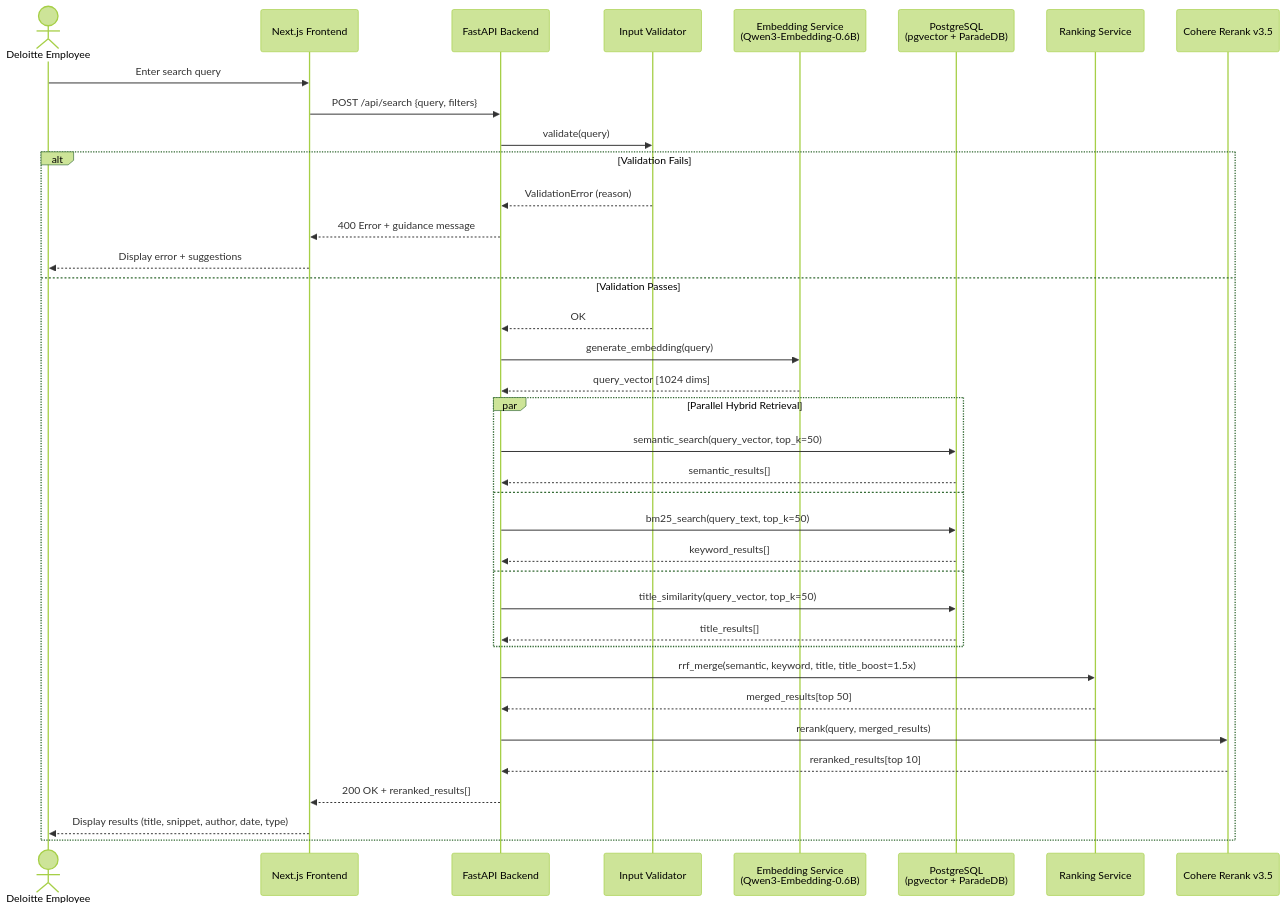
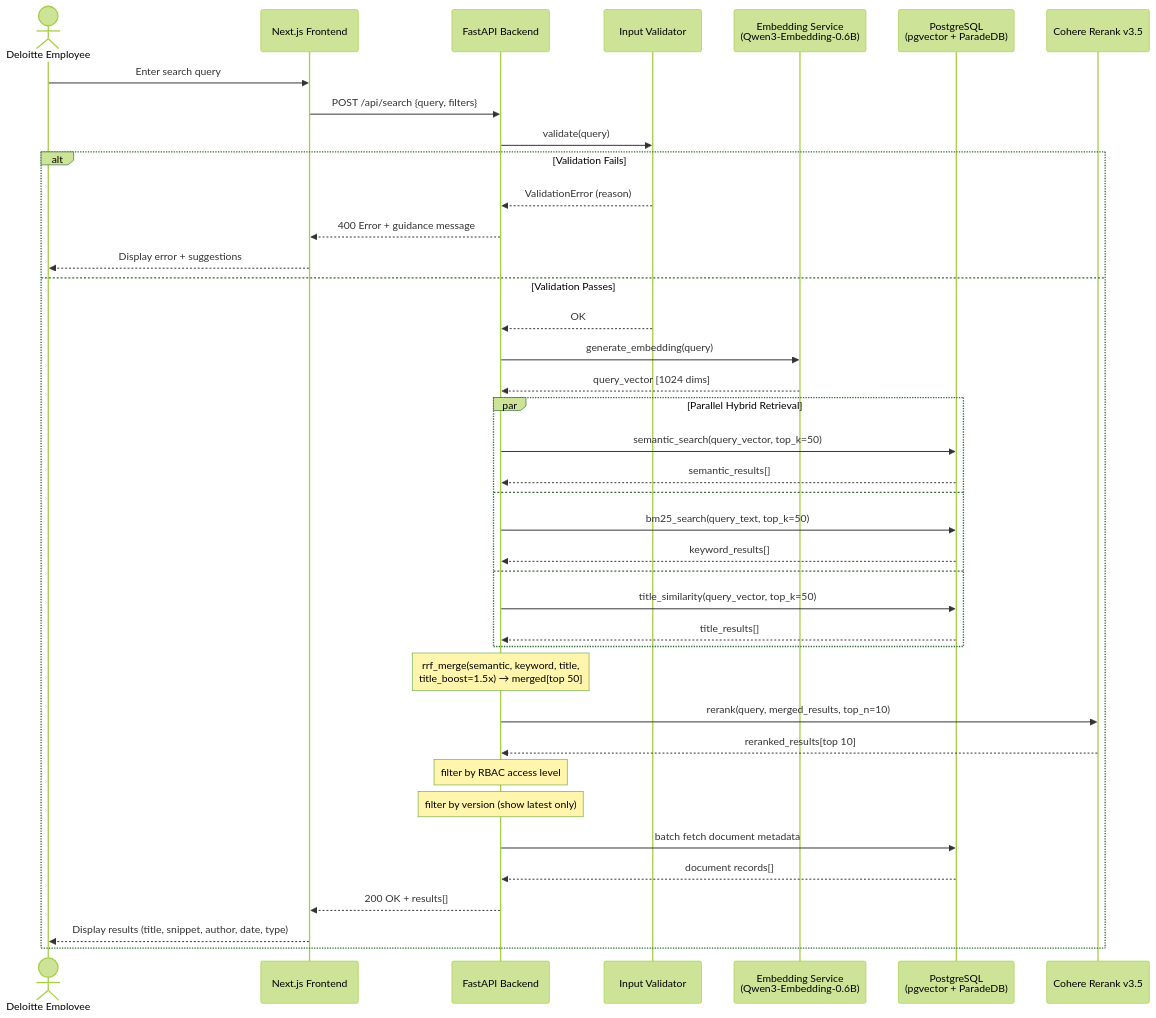
The diagram in software-engineering/diagrams/sequence.mmd (FlyM1ss/capstone-project), drawn with Mermaid (forest theme) before and after one commit. The commit also changed 12 other files, not shown here.

```diff
--- a/software-engineering/diagrams/sequence.mmd
+++ b/software-engineering/diagrams/sequence.mmd
@@ -1,41 +1,43 @@
 sequenceDiagram
     actor User as Deloitte Employee
     participant UI as Next.js Frontend
     participant API as FastAPI Backend
     participant Val as Input Validator
     participant Embed as Embedding Service<br/>(Qwen3-Embedding-0.6B)
     participant DB as PostgreSQL<br/>(pgvector + ParadeDB)
-    participant Rank as Ranking Service
     participant RR as Cohere Rerank v3.5
 
     User->>UI: Enter search query
     UI->>API: POST /api/search {query, filters}
     API->>Val: validate(query)
 
     alt Validation Fails
         Val-->>API: ValidationError (reason)
         API-->>UI: 400 Error + guidance message
         UI-->>User: Display error + suggestions
     else Validation Passes
         Val-->>API: OK
         API->>Embed: generate_embedding(query)
         Embed-->>API: query_vector [1024 dims]
 
         par Parallel Hybrid Retrieval
             API->>DB: semantic_search(query_vector, top_k=50)
             DB-->>API: semantic_results[]
         and
             API->>DB: bm25_search(query_text, top_k=50)
             DB-->>API: keyword_results[]
         and
             API->>DB: title_similarity(query_vector, top_k=50)
             DB-->>API: title_results[]
         end
 
-        API->>Rank: rrf_merge(semantic, keyword, title, title_boost=1.5x)
-        Rank-->>API: merged_results[top 50]
-        API->>RR: rerank(query, merged_results)
+        Note over API: rrf_merge(semantic, keyword, title,<br/>title_boost=1.5x) → merged[top 50]
+        API->>RR: rerank(query, merged_results, top_n=10)
         RR-->>API: reranked_results[top 10]
-        API-->>UI: 200 OK + reranked_results[]
+        Note over API: filter by RBAC access level
+        Note over API: filter by version (show latest only)
+        API->>DB: batch fetch document metadata
+        DB-->>API: document records[]
+        API-->>UI: 200 OK + results[]
         UI-->>User: Display results (title, snippet, author, date, type)
     end
```
